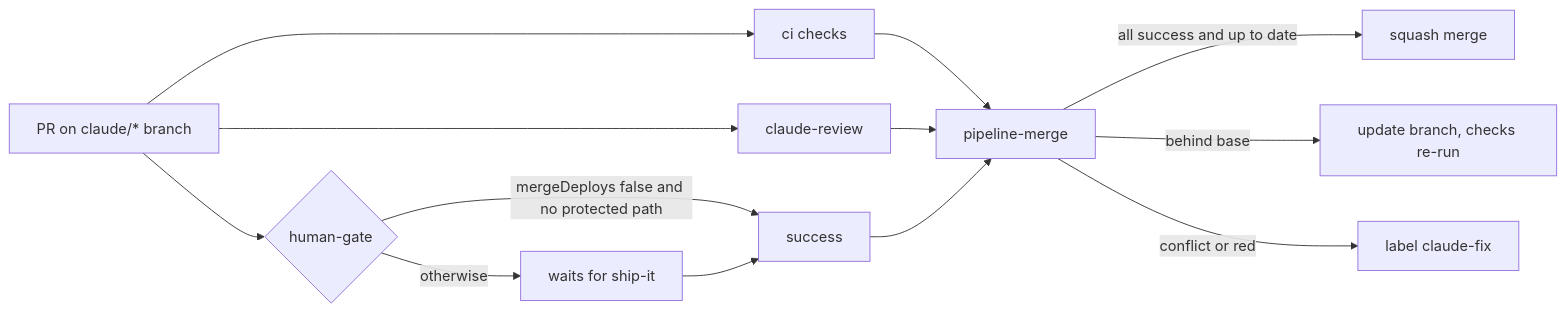
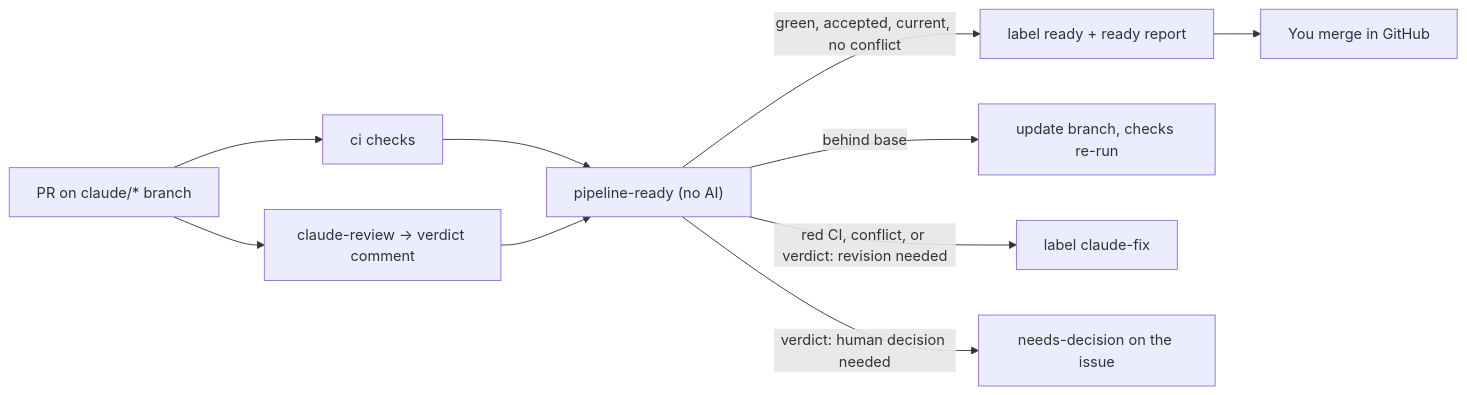
The fourth of 7 diagrams in plugins/claude-pipeline/docs/superpowers/specs/2026-09-24-claude-pipeline-design.md (AndresRubio/andres-skills), drawn with Mermaid before and after one commit. The commit also changed other lines of this file, not shown here.

````diff
--- a/plugins/claude-pipeline/docs/superpowers/specs/2026-09-24-claude-pipeline-design.md
+++ b/plugins/claude-pipeline/docs/superpowers/specs/2026-09-24-claude-pipeline-design.md
@@ -364,14 +406,12 @@
 ```mermaid
 flowchart LR
     PR["PR on claude/* branch"] --> CI["ci checks"]
-    PR --> CR["claude-review"]
-    PR --> HG{"human-gate"}
-    HG -->|"mergeDeploys false and no protected path"| OK["success"]
-    HG -->|"otherwise"| WAIT["waits for ship-it"] --> OK
-    CI --> PM["pipeline-merge"]
-    CR --> PM
-    OK --> PM
-    PM -->|"all success and up to date"| MERGE["squash merge"]
-    PM -->|"behind base"| UPD["update branch, checks re-run"]
-    PM -->|"conflict or red"| FIX["label claude-fix"]
+    PR --> CR["claude-review → verdict comment"]
+    CI --> PRD["pipeline-ready (no AI)"]
+    CR --> PRD
+    PRD -->|"green, accepted, current, no conflict"| READY["label ready + ready report"]
+    PRD -->|"behind base"| UPD["update branch, checks re-run"]
+    PRD -->|"red CI, conflict, or verdict: revision needed"| FIX["label claude-fix"]
+    PRD -->|"verdict: human decision needed"| ND["needs-decision on the issue"]
+    READY --> YOU["You merge in GitHub"]
 ```
````
